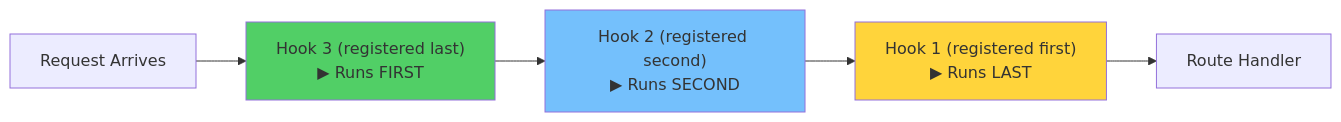
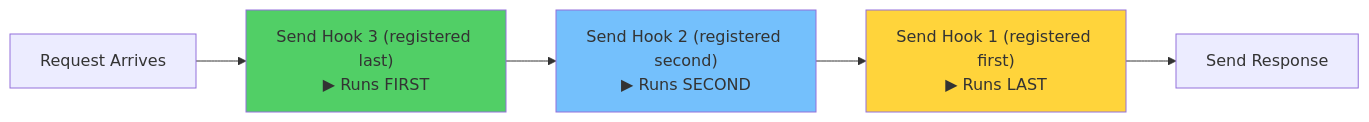
One commit to minima-js/minimajs changed the diagram in docs/guides/diagrams/hook-lifo-execution.md. Above: the diagram before and after it, drawn with Mermaid. The commit also changed other lines of this file and 6 other files, not shown here.

````diff
--- a/docs/guides/diagrams/hook-lifo-execution.md
+++ b/docs/guides/diagrams/hook-lifo-execution.md
@@ -1,11 +1,11 @@
 ```mermaid
 graph LR
-    Start[Request Arrives] --> Hook3["Hook 3 (registered last)<br/>▶ Runs FIRST"]
-    Hook3 --> Hook2["Hook 2 (registered second)<br/>▶ Runs SECOND"]
-    Hook2 --> Hook1["Hook 1 (registered first)<br/>▶ Runs LAST"]
-    Hook1 --> Handler[Route Handler]
+    Start[Request Arrives] --> Hook3["Send Hook 3 (registered last)<br/>▶ Runs FIRST"]
+    Hook3 --> Hook2["Send Hook 2 (registered second)<br/>▶ Runs SECOND"]
+    Hook2 --> Hook1["Send Hook 1 (registered first)<br/>▶ Runs LAST"]
+    Hook1 --> Handler[Send Response]
 
     style Hook3 fill:#51cf66
     style Hook2 fill:#74c0fc
     style Hook1 fill:#ffd43b
 ```
````
